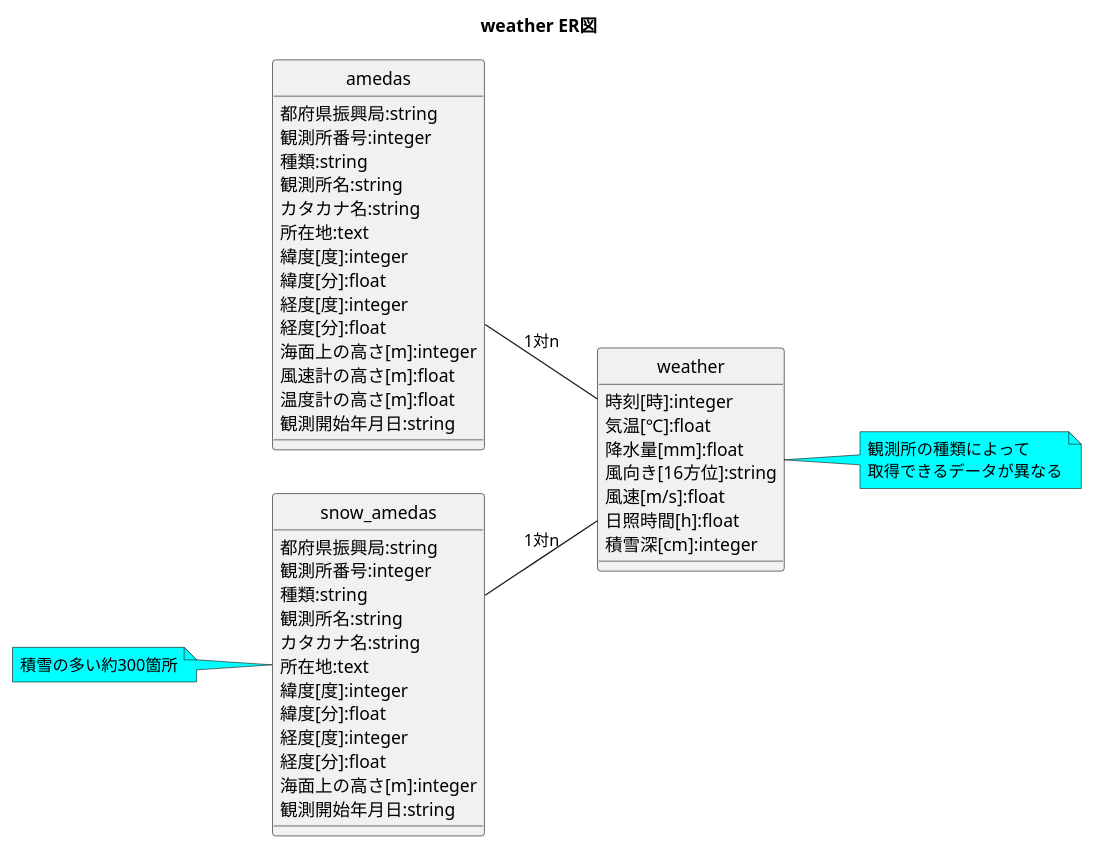
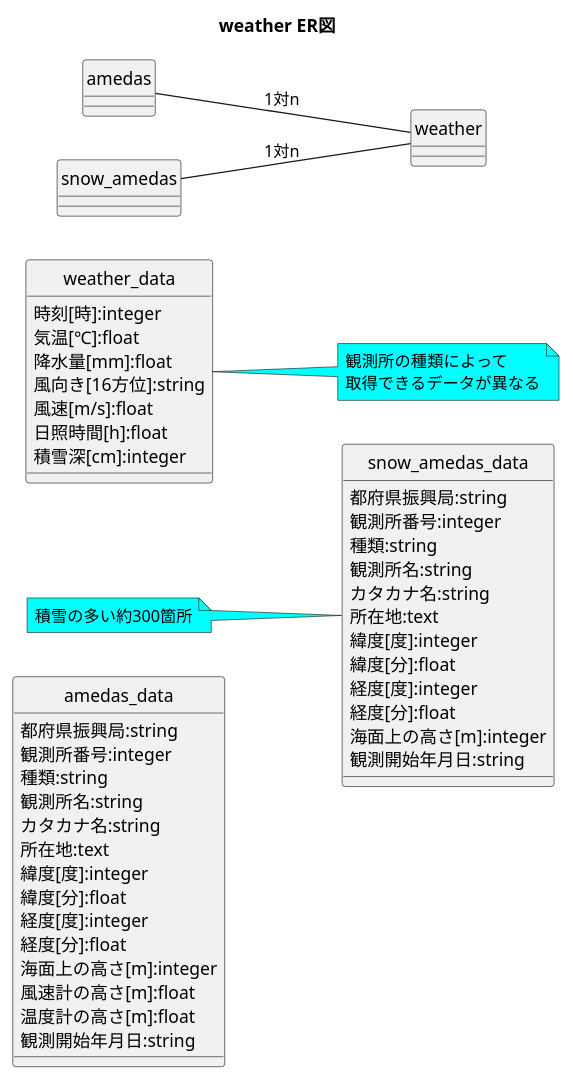
Before and after one commit to jagio0129/weather: the diagram in doc/db_plan/database.pu, drawn with PlantUML. The commit also changed 11 other files, not shown here.

Commit message:
"amedas"だと末尾が複数形と認識されるためそれぞれに末尾に"_data"を付けリネーム

```diff
--- a/doc/db_plan/database.pu
+++ b/doc/db_plan/database.pu
@@ -1,60 +1,60 @@
 @startuml
 left to right direction
 hide circle
 
 title weather ER図
 
-class amedas{
+class amedas_data{
   都府県振興局:string
   観測所番号:integer
   種類:string
   観測所名:string
   カタカナ名:string
   所在地:text
   緯度[度]:integer
   緯度[分]:float
   経度[度]:integer
   経度[分]:float
   海面上の高さ[m]:integer
   風速計の高さ[m]:float
   温度計の高さ[m]:float
   観測開始年月日:string
 }
 
-class snow_amedas{
+class snow_amedas_data{
   都府県振興局:string
   観測所番号:integer
   種類:string
   観測所名:string
   カタカナ名:string
   所在地:text
   緯度[度]:integer
   緯度[分]:float
   経度[度]:integer
   経度[分]:float
   海面上の高さ[m]:integer
   観測開始年月日:string
 }
 note left #aqua
   積雪の多い約300箇所
 end note
 
-class weather{
+class weather_data{
   時刻[時]:integer
   気温[℃]:float
   降水量[mm]:float
   風向き[16方位]:string
   風速[m/s]:float
   日照時間[h]:float
   積雪深[cm]:integer
 }
 
 note right #aqua
   観測所の種類によって
   取得できるデータが異なる
 end note
 
 amedas -- weather :1対n
 snow_amedas -- weather :1対n
 
 @enduml
```
